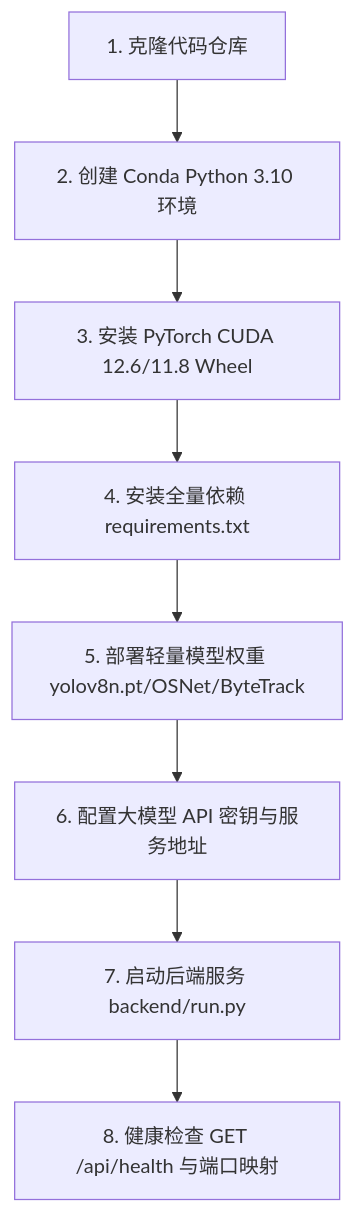
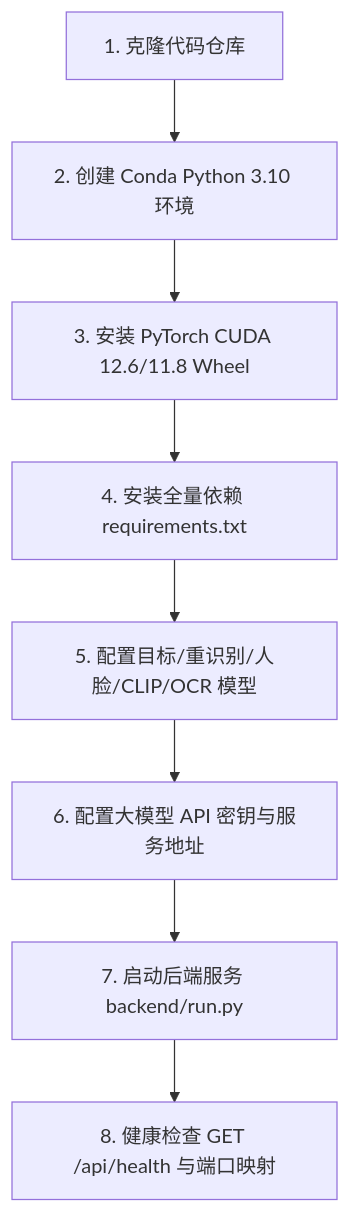
One commit to EmadowKy/pureyes-harmony changed the diagram in docs/server-deployment/02-backend-deployment-guide.md. Above: the diagram before and after it, drawn with Mermaid. The commit also changed other lines of this file and 57 other files, not shown here.

````diff
--- a/docs/server-deployment/02-backend-deployment-guide.md
+++ b/docs/server-deployment/02-backend-deployment-guide.md
@@ -9,10 +9,10 @@
 ```mermaid
 graph TD
     A[1. 克隆代码仓库] --> B[2. 创建 Conda Python 3.10 环境]
     B --> C[3. 安装 PyTorch CUDA 12.6/11.8 Wheel]
     C --> D[4. 安装全量依赖 requirements.txt]
-    D --> E[5. 部署轻量模型权重 yolov8n.pt/OSNet/ByteTrack]
+    D --> E[5. 配置目标/重识别/人脸/CLIP/OCR 模型]
     E --> F[6. 配置大模型 API 密钥与服务地址]
     F --> G[7. 启动后端服务 backend/run.py]
     G --> H[8. 健康检查 GET /api/health 与端口映射]
 ```
````
